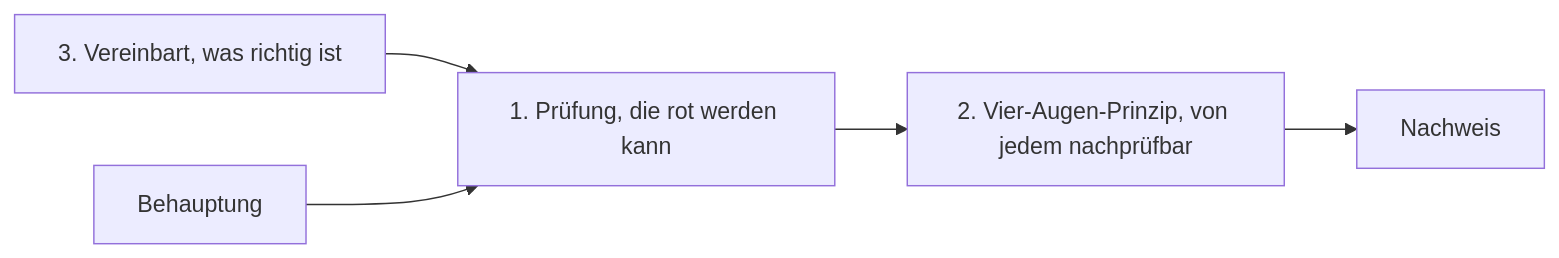
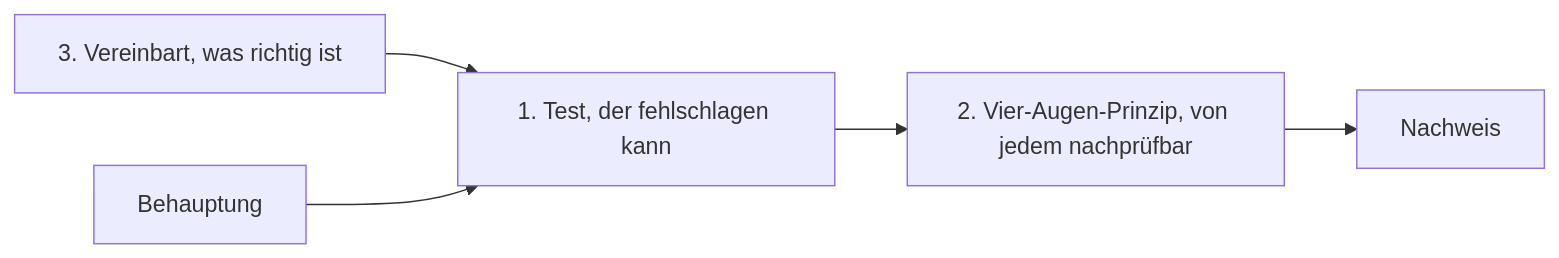
Before and after one commit to pulseengine/pulseengine.eu: the second of 2 diagrams in content/blog/2026-11-20-code-got-cheap-trust-didnt.md, drawn with Mermaid. The commit also changed other lines of this file, not shown here.

```diff
--- a/content/blog/2026-11-20-code-got-cheap-trust-didnt.md
+++ b/content/blog/2026-11-20-code-got-cheap-trust-didnt.md
@@ -87,7 +87,7 @@
 <pre class="mermaid">
 flowchart LR
     D["3. Vereinbart, was richtig ist"] --> B
-    A["Behauptung"] --> B["1. Prüfung, die rot werden kann"]
+    A["Behauptung"] --> B["1. Test, der fehlschlagen kann"]
     B --> C["2. Vier-Augen-Prinzip, von jedem nachprüfbar"]
     C --> E["Nachweis"]
 </pre>
```
